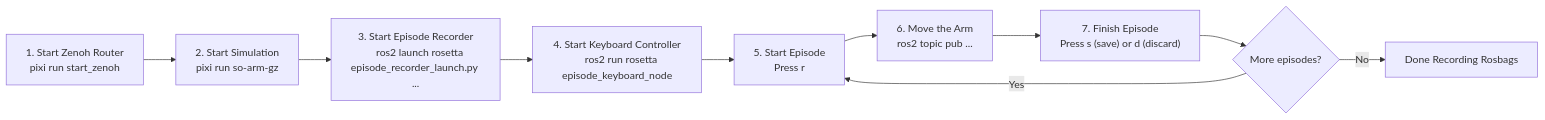
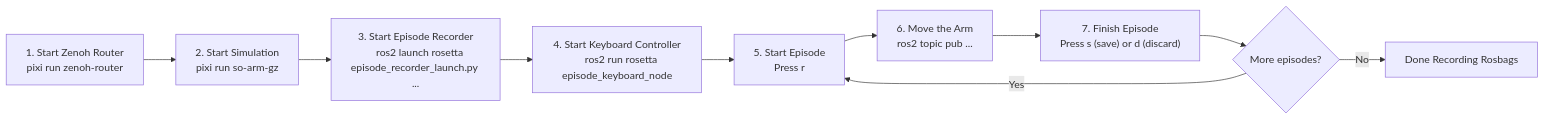
One commit to ros-physical-ai/demos changed the diagram in pai_data_collection/README.md. Above: the diagram before and after it, drawn with Mermaid. The commit also changed other lines of this file and 8 other files, not shown here.

First line of the commit message:
Replace start_zenoh with start-zenoh-router (#80)

````diff
--- a/pai_data_collection/README.md
+++ b/pai_data_collection/README.md
@@ -94,20 +94,20 @@
 ```mermaid
 flowchart LR
     A["1. Start Zenoh Router
-    pixi run start_zenoh"] --> B["2. Start Simulation
+    pixi run zenoh-router"] --> B["2. Start Simulation
     pixi run so-arm-gz"]
     B --> C["3. Start Episode Recorder
     ros2 launch rosetta episode_recorder_launch.py ..."]
     C --> D["4. Start Keyboard Controller
     ros2 run rosetta episode_keyboard_node"]
     D --> E["5. Start Episode
     Press r"]
     E --> F["6. Move the Arm
     ros2 topic pub ..."]
     F --> G["7. Finish Episode
     Press s (save) or d (discard)"]
     G --> H{More episodes?}
     H -- Yes --> E
     H -- No --> I["Done Recording Rosbags"]
 
 ```
````
